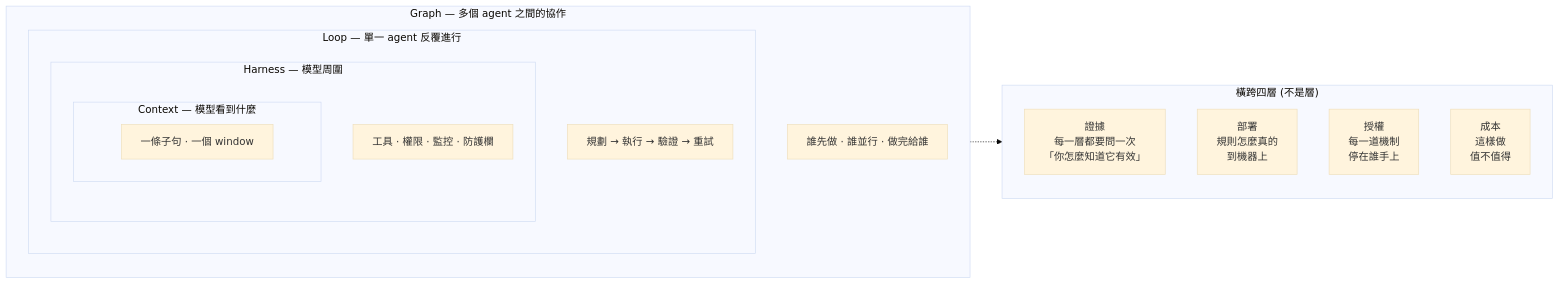
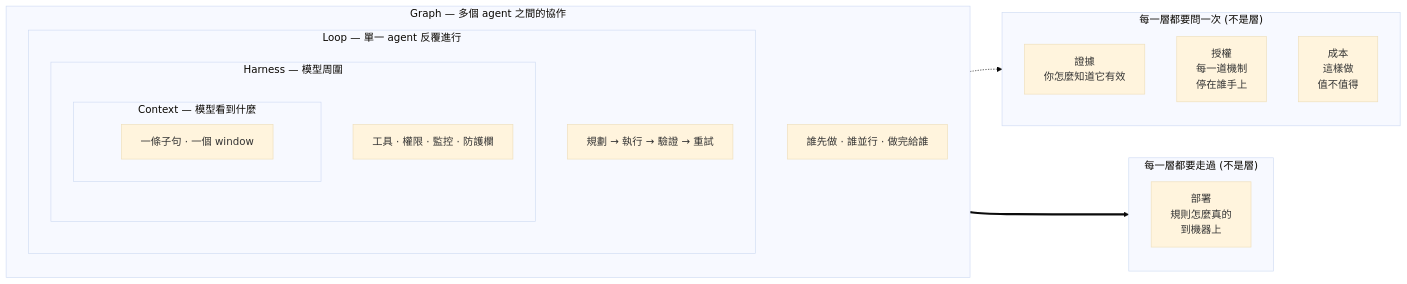
Before and after one commit to Yuhuan183/agent-harness: the second of 2 diagrams in docs/architecture/architecture.md, drawn with Mermaid (base theme). The commit also changed other lines of this file and 3 other files, not shown here.

First line of the commit message:
docs(architecture): the model demanded a falsifier of every proposal except itself

````diff
--- a/docs/architecture/architecture.md
+++ b/docs/architecture/architecture.md
@@ -92,26 +92,29 @@
 ```mermaid
 flowchart LR
     subgraph G["Graph — 多個 agent 之間的協作"]
         direction TB
         gg["誰先做 · 誰並行 · 做完給誰"]
         subgraph L["Loop — 單一 agent 反覆進行"]
             direction TB
             ll["規劃 → 執行 → 驗證 → 重試"]
             subgraph H["Harness — 模型周圍"]
                 direction TB
                 hh["工具 · 權限 · 監控 · 防護欄"]
                 subgraph C["Context — 模型看到什麼"]
                     cc["一條子句 · 一個 window"]
                 end
             end
         end
     end
-    subgraph X["橫跨四層 (不是層)"]
+    subgraph Q["每一層都要問一次 (不是層)"]
         direction TB
-        ev["證據<br/>每一層都要問一次<br/>「你怎麼知道它有效」"]
-        dp["部署<br/>規則怎麼真的<br/>到機器上"]
+        ev["證據<br/>你怎麼知道它有效"]
         au["授權<br/>每一道機制<br/>停在誰手上"]
         ct["成本<br/>這樣做<br/>值不值得"]
     end
-    G -.-> X
+    subgraph P["每一層都要走過 (不是層)"]
+        dp["部署<br/>規則怎麼真的<br/>到機器上"]
+    end
+    G -.-> Q
+    G ==> P
 ```
````
